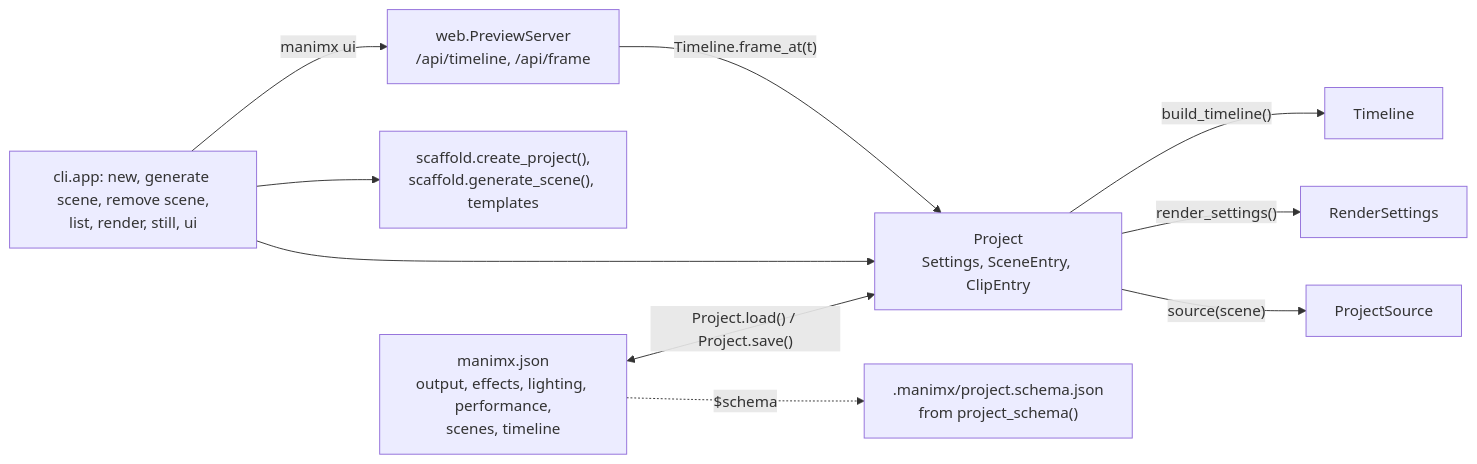
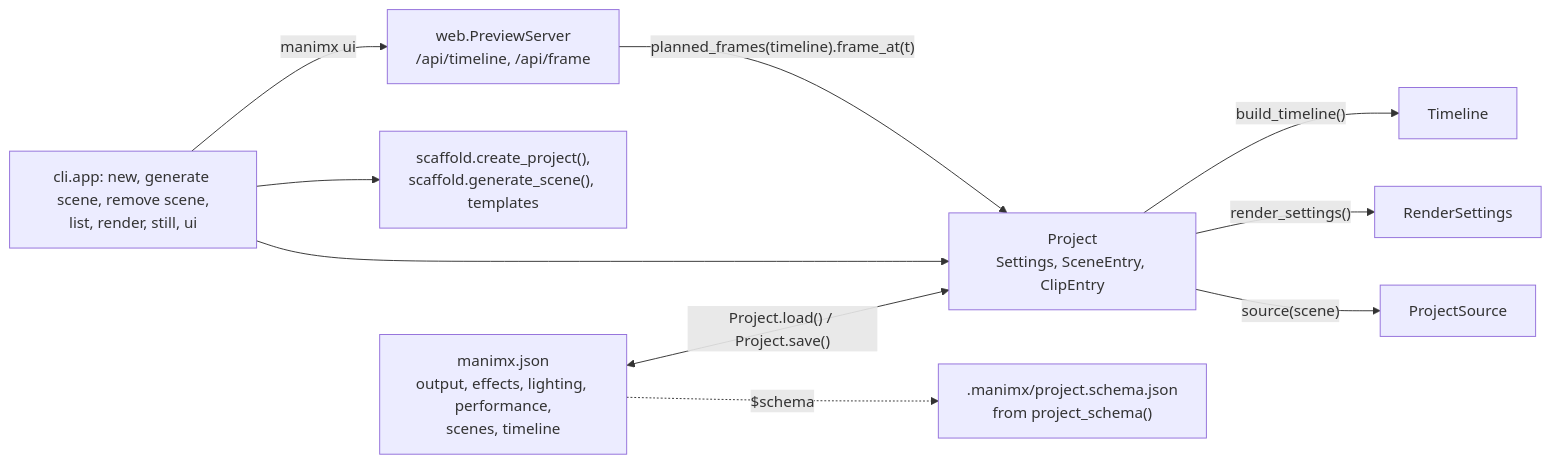
The eighth of 8 diagrams in manimx/ARCHITECTURE.md (MrDiver/manim), drawn with Mermaid before and after one commit. The commit also changed other lines of this file and 2 other files, not shown here.

First line of the commit message:
manimx: rewrite the README and the stale parts of ARCHITECTURE.md

````diff
--- a/manimx/ARCHITECTURE.md
+++ b/manimx/ARCHITECTURE.md
@@ -647,12 +626,12 @@
 ```mermaid
 flowchart LR
     J["manimx.json<br/>output, effects, lighting, performance,<br/>scenes, timeline"] <-->|"Project.load() / Project.save()"| P["Project<br/>Settings, SceneEntry, ClipEntry"]
     P -->|"build_timeline()"| TL["Timeline"]
     P -->|"render_settings()"| RS["RenderSettings"]
     P -->|"source(scene)"| PSrc["ProjectSource"]
     CLI["cli.app: new, generate scene, remove scene,<br/>list, render, still, ui"] --> P
     CLI --> Scaffold["scaffold.create_project(),<br/>scaffold.generate_scene(), templates"]
     CLI -->|"manimx ui"| UI["web.PreviewServer<br/>/api/timeline, /api/frame"]
-    UI -->|"Timeline.frame_at(t)"| P
+    UI -->|"planned_frames(timeline).frame_at(t)"| P
     J -.->|"$schema"| Schema[".manimx/project.schema.json<br/>from project_schema()"]
 ```
````
